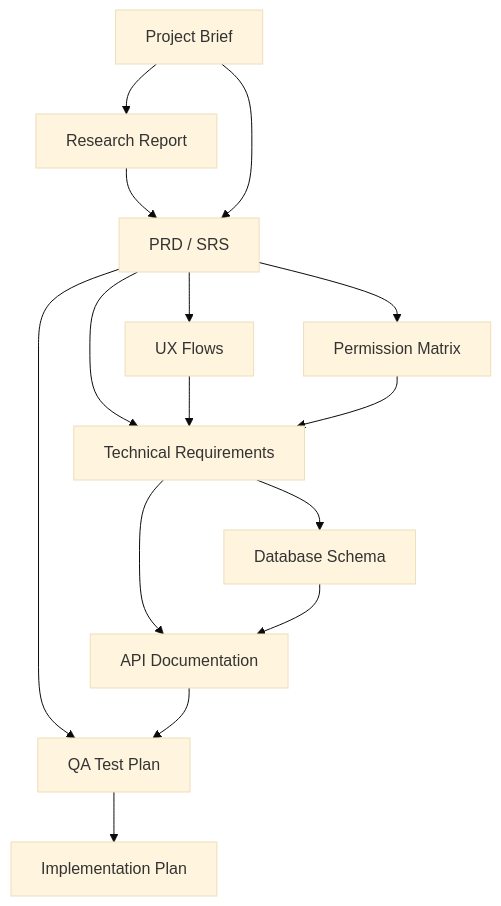
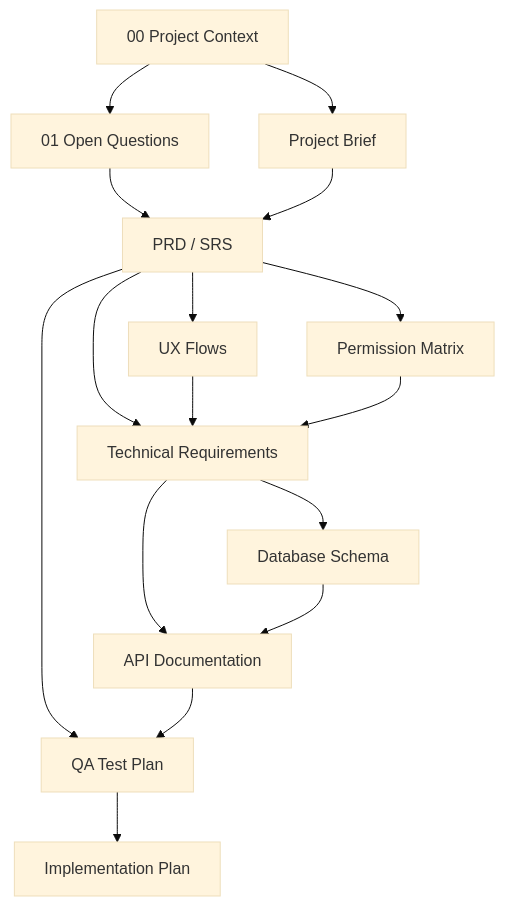
One commit to BAKUGOS1/beforecode changed the second of 2 diagrams in README.md. Above: the diagram before and after it, drawn with Mermaid (base theme). The commit also changed other lines of this file, not shown here.

Commit message:
document context-first start workflow

````diff
--- a/README.md
+++ b/README.md
@@ -61,17 +67,18 @@
 ```mermaid
 flowchart TD
-    Brief[Project Brief] --> Research[Research Report]
-    Research --> PRD[PRD / SRS]
+    Context[00 Project Context] --> Questions[01 Open Questions]
+    Context --> Brief[Project Brief]
+    Questions --> PRD[PRD / SRS]
     Brief --> PRD
     PRD --> UX[UX Flows]
     PRD --> Access[Permission Matrix]
     PRD --> TRD[Technical Requirements]
     UX --> TRD
     Access --> TRD
     TRD --> DB[Database Schema]
     TRD --> API[API Documentation]
     DB --> API
     PRD --> QA[QA Test Plan]
     API --> QA
     QA --> Plan[Implementation Plan]
 ```
````
